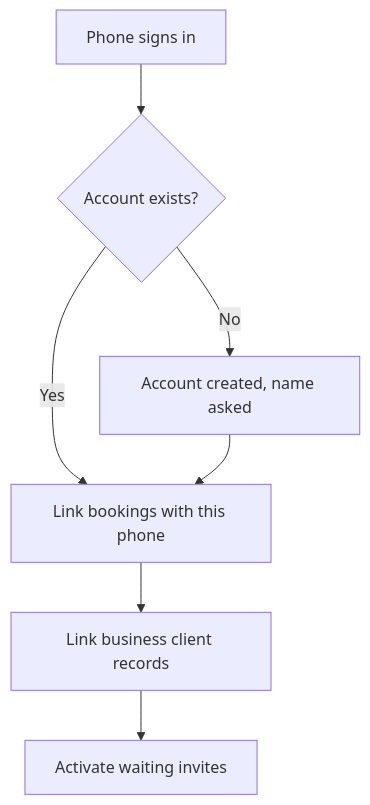
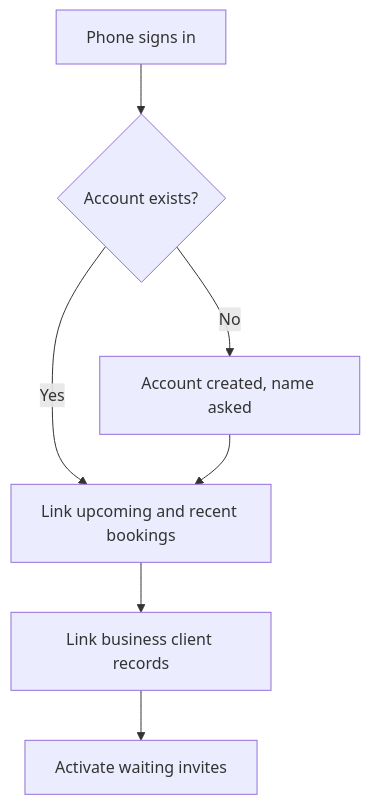
Before and after one commit to azamatos/yeral: diagram 13 of 22 in docs/product/07c-flows-system.md, drawn with Mermaid. The commit also changed other lines of this file and 21 other files, not shown here.

````diff
--- a/docs/product/07c-flows-system.md
+++ b/docs/product/07c-flows-system.md
@@ -528,9 +529,9 @@
 ```mermaid
 flowchart TD
   A["Phone signs in"] --> B{"Account exists?"}
   B -->|"No"| C["Account created, name asked"]
-  B -->|"Yes"| D["Link bookings with this phone"]
+  B -->|"Yes"| D["Link upcoming and recent bookings"]
   C --> D
   D --> E["Link business client records"]
   E --> F["Activate waiting invites"]
 ```
````
